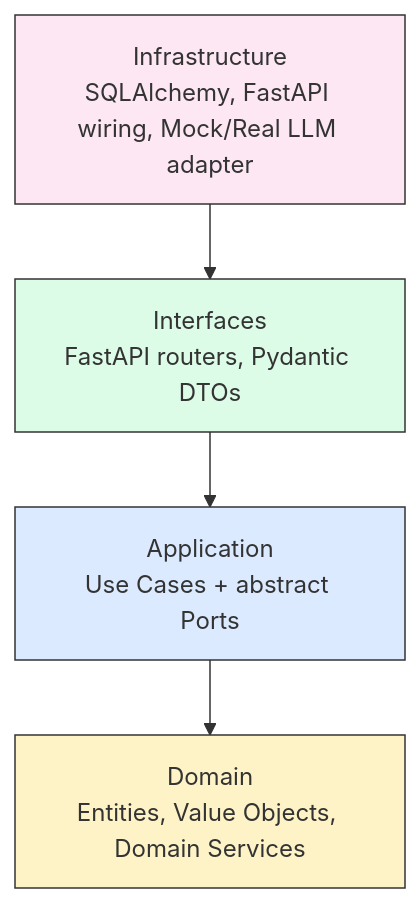
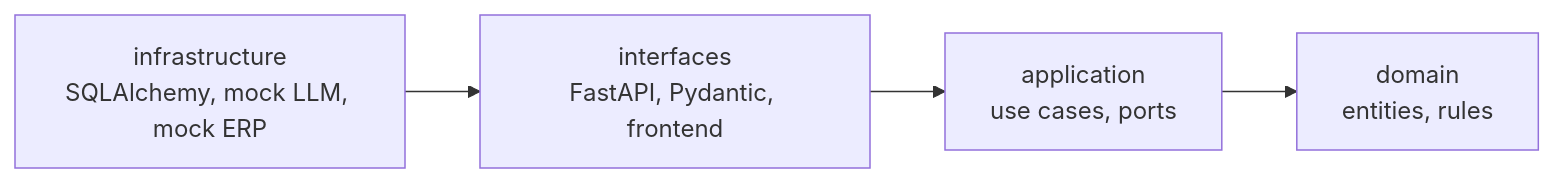
Before and after one commit to zTK47/Procurement-Orchestrator-Project: the first of 2 diagrams in README.md, drawn with Mermaid. The commit also changed other lines of this file and 57 other files, not shown here.

````diff
--- a/README.md
+++ b/README.md
@@ -34,10 +16,6 @@
 ```mermaid
-graph TD
-    I[Infrastructure<br/>SQLAlchemy, FastAPI wiring, Mock/Real LLM adapter] --> IF[Interfaces<br/>FastAPI routers, Pydantic DTOs]
-    IF --> A[Application<br/>Use Cases + abstract Ports]
-    A --> D[Domain<br/>Entities, Value Objects, Domain Services]
-    style D fill:#fef3c7,stroke:#333
-    style A fill:#dbeafe,stroke:#333
-    style IF fill:#dcfce7,stroke:#333
-    style I fill:#fce7f3,stroke:#333
+graph LR
+    I[infrastructure<br/>SQLAlchemy, mock LLM, mock ERP] --> IF[interfaces<br/>FastAPI, Pydantic, frontend]
+    IF --> A[application<br/>use cases, ports]
+    A --> D[domain<br/>entities, rules]
 ```
````
